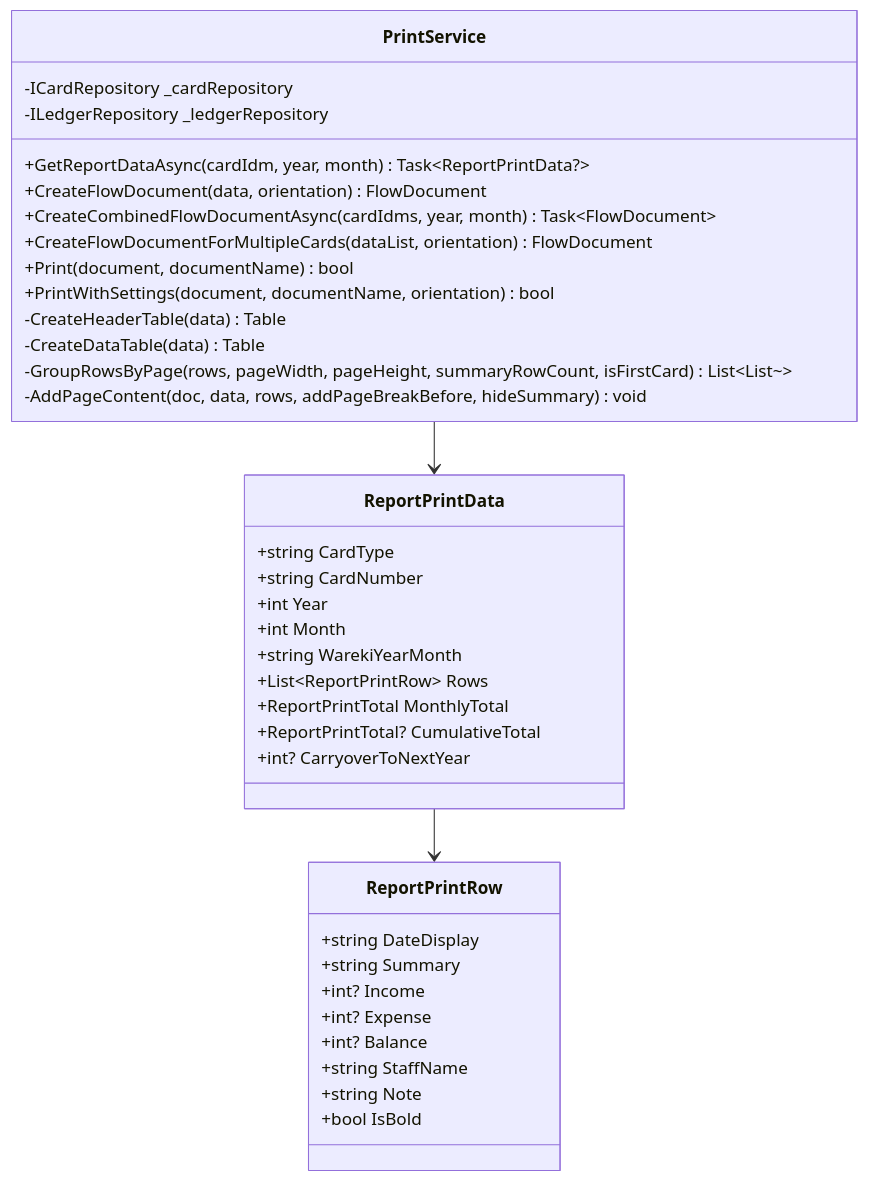
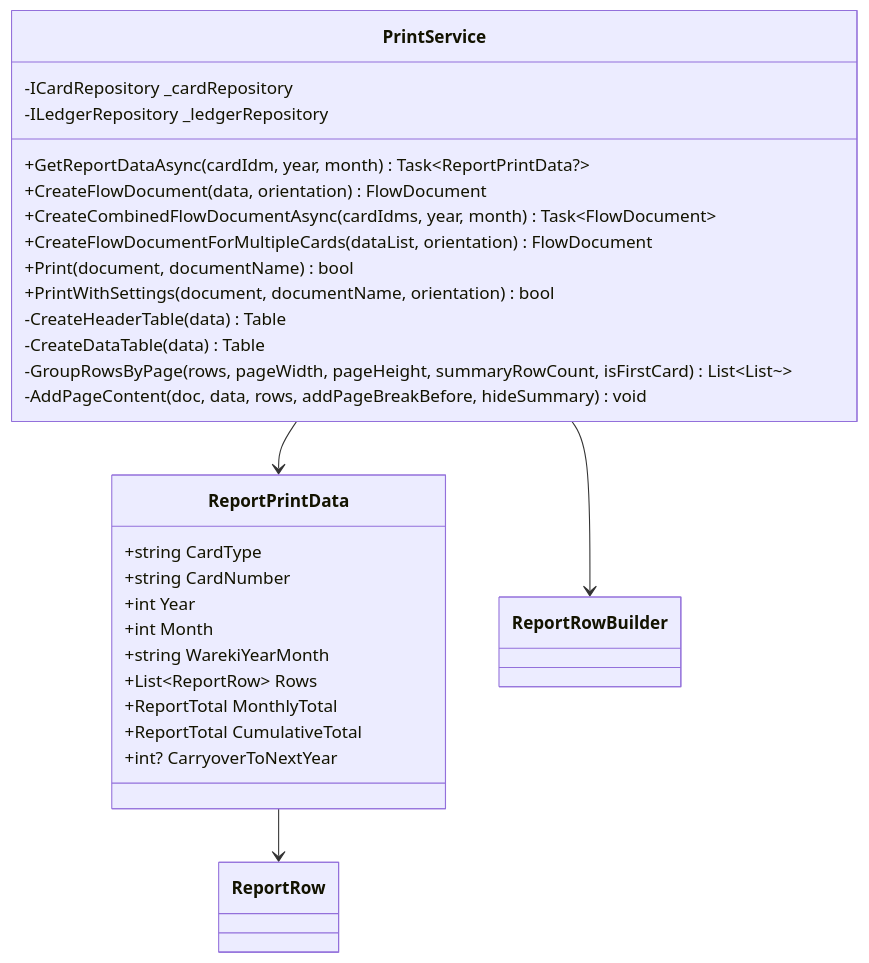
One commit to kuwayamamasayuki/ICCardManager changed the tenth of 38 diagrams in ICCardManager/docs/design/05_クラス設計書.md. Above: the diagram before and after it, drawn with Mermaid. The commit also changed other lines of this file and 10 other files, not shown here.

````diff
--- a/ICCardManager/docs/design/05_クラス設計書.md
+++ b/ICCardManager/docs/design/05_クラス設計書.md
@@ -487,43 +487,33 @@
 ```mermaid
 classDiagram
     class PrintService {
         -ICardRepository _cardRepository
         -ILedgerRepository _ledgerRepository
         +GetReportDataAsync(cardIdm, year, month) Task~ReportPrintData?~
         +CreateFlowDocument(data, orientation) FlowDocument
         +CreateCombinedFlowDocumentAsync(cardIdms, year, month) Task~FlowDocument~
         +CreateFlowDocumentForMultipleCards(dataList, orientation) FlowDocument
         +Print(document, documentName) bool
         +PrintWithSettings(document, documentName, orientation) bool
         -CreateHeaderTable(data) Table
         -CreateDataTable(data) Table
         -GroupRowsByPage(rows, pageWidth, pageHeight, summaryRowCount, isFirstCard) List~List~~
         -AddPageContent(doc, data, rows, addPageBreakBefore, hideSummary) void
     }
 
     class ReportPrintData {
         +string CardType
         +string CardNumber
         +int Year
         +int Month
         +string WarekiYearMonth
-        +List~ReportPrintRow~ Rows
-        +ReportPrintTotal MonthlyTotal
-        +ReportPrintTotal? CumulativeTotal
+        +List~ReportRow~ Rows
+        +ReportTotal MonthlyTotal
+        +ReportTotal CumulativeTotal
         +int? CarryoverToNextYear
     }
 
-    class ReportPrintRow {
-        +string DateDisplay
-        +string Summary
-        +int? Income
-        +int? Expense
-        +int? Balance
-        +string StaffName
-        +string Note
-        +bool IsBold
-    }
-
     PrintService --> ReportPrintData
-    ReportPrintData --> ReportPrintRow
+    PrintService --> ReportRowBuilder
+    ReportPrintData --> ReportRow
 ```
````
